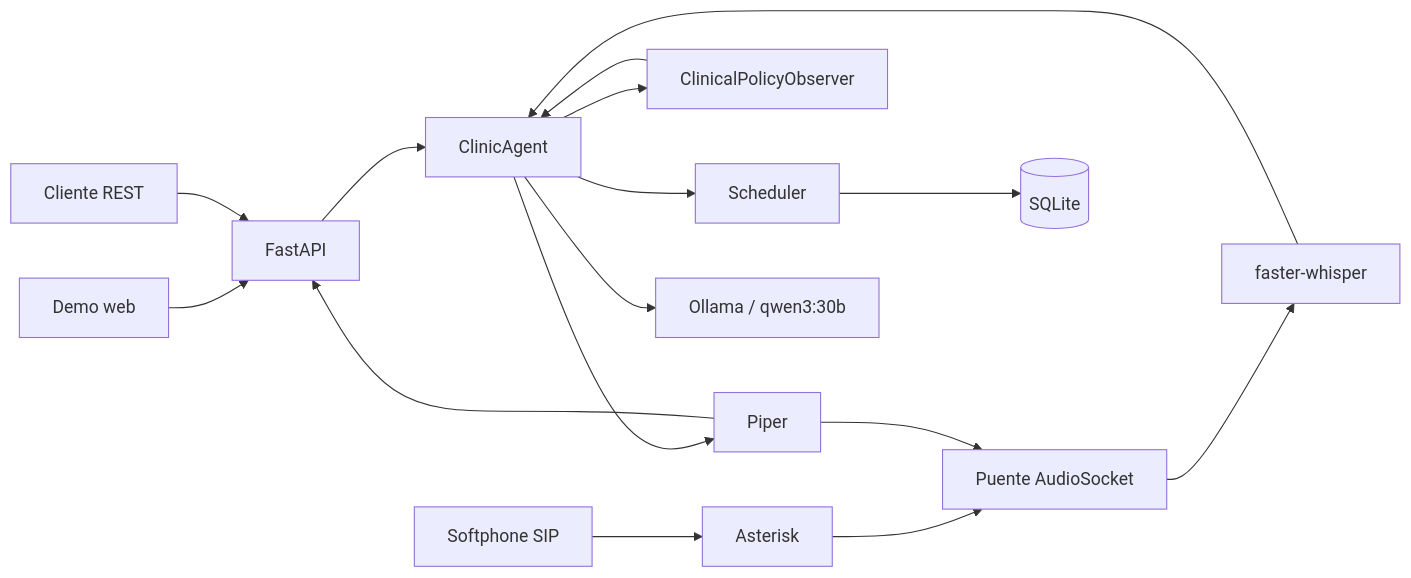
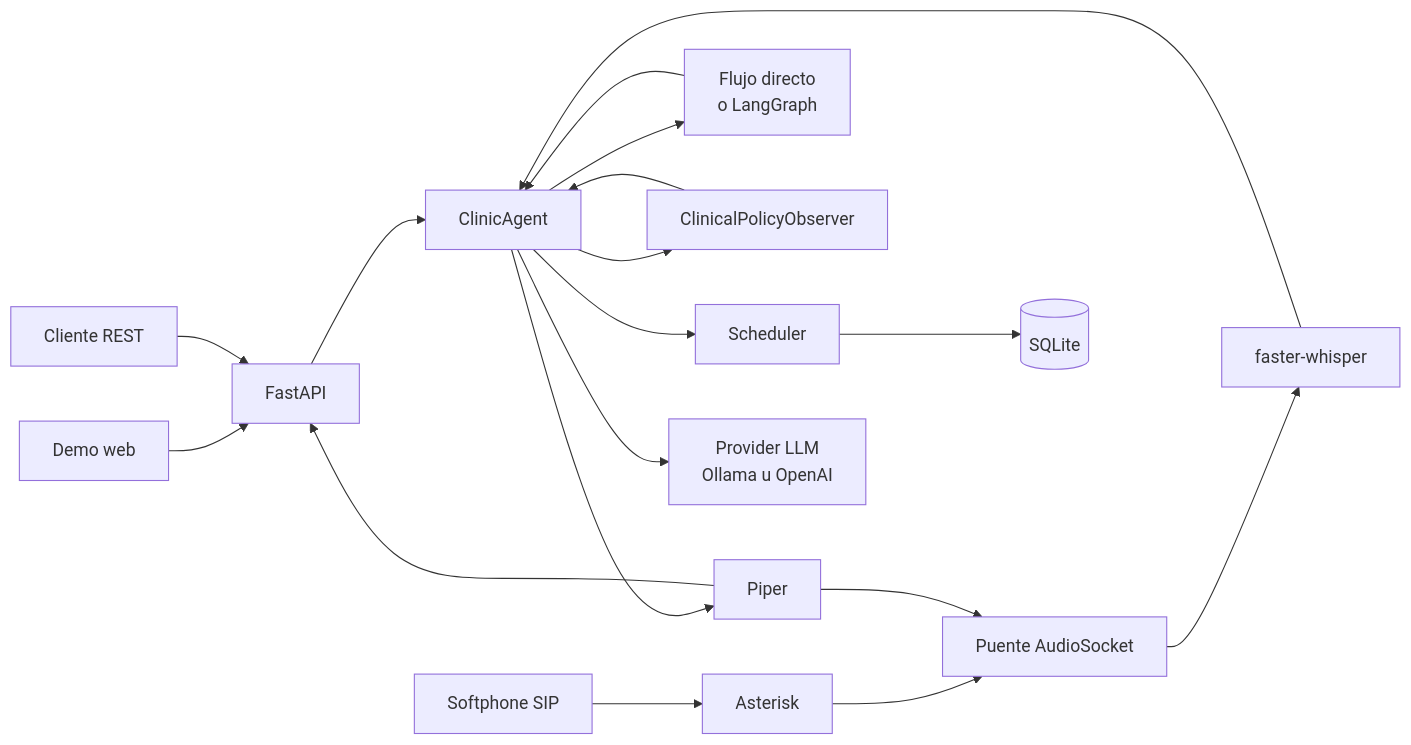
Before and after one commit to JotaTerrasa/voiceclinic-local-agent: the fourth of 6 diagrams in docs/ARCHITECTURE.md, drawn with Mermaid. The commit also changed other lines of this file and 16 other files, not shown here.

````diff
--- a/docs/ARCHITECTURE.md
+++ b/docs/ARCHITECTURE.md
@@ -146,21 +154,23 @@
 ```mermaid
 flowchart LR
   Web["Demo web"] --> API["FastAPI"]
   REST["Cliente REST"] --> API
   Phone["Softphone SIP"] --> Asterisk["Asterisk"]
   Asterisk --> AudioSocket["Puente AudioSocket"]
 
   API --> Agent["ClinicAgent"]
   AudioSocket --> STT["faster-whisper"]
   STT --> Agent
 
+  Agent --> Orchestrator["Flujo directo<br/>o LangGraph"]
+  Orchestrator --> Agent
   Agent --> Observer["ClinicalPolicyObserver"]
   Observer --> Agent
   Agent --> Scheduler["Scheduler"]
   Scheduler --> DB[("SQLite")]
-  Agent --> Ollama["Ollama / qwen3:30b"]
+  Agent --> LLM["Provider LLM<br/>Ollama u OpenAI"]
   Agent --> TTS["Piper"]
 
   TTS --> API
   TTS --> AudioSocket
 ```
````
